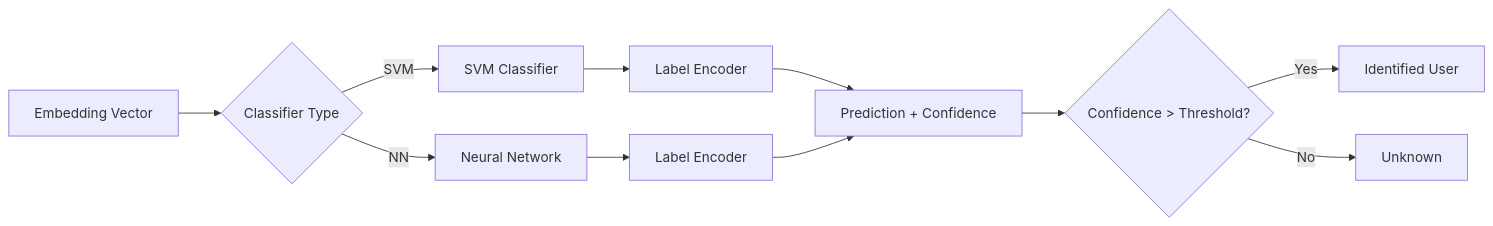
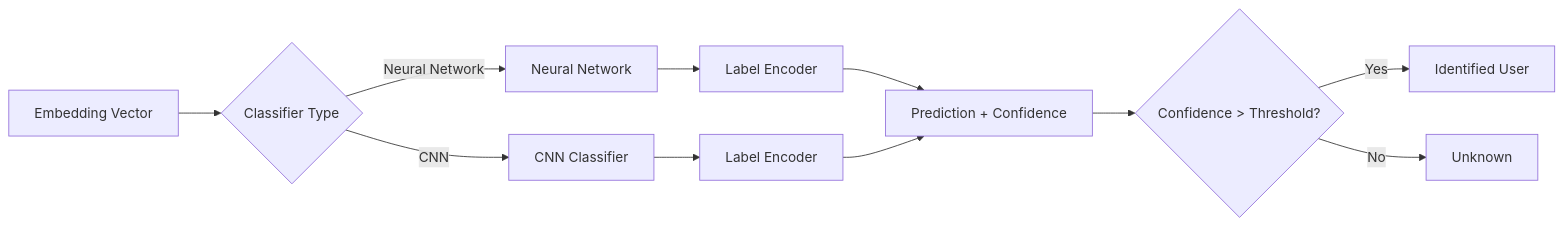
One commit to Leninner/ai-project changed the third of 6 diagrams in README.md. Above: the diagram before and after it, drawn with Mermaid. The commit also changed other lines of this file and 11 other files, not shown here.

Commit message:
chore: remove svm classifier

````diff
--- a/README.md
+++ b/README.md
@@ -83,13 +83,13 @@
 ```mermaid
 graph LR
     A[Embedding Vector] --> B{Classifier Type}
-    B -->|SVM| C[SVM Classifier]
-    B -->|NN| D[Neural Network]
+    B -->|Neural Network| C[Neural Network]
+    B -->|CNN| D[CNN Classifier]
     C --> E[Label Encoder]
     D --> F[Label Encoder]
     E --> G[Prediction + Confidence]
     F --> G
     G --> H{Confidence > Threshold?}
     H -->|Yes| I[Identified User]
     H -->|No| J[Unknown]
 ```
````
